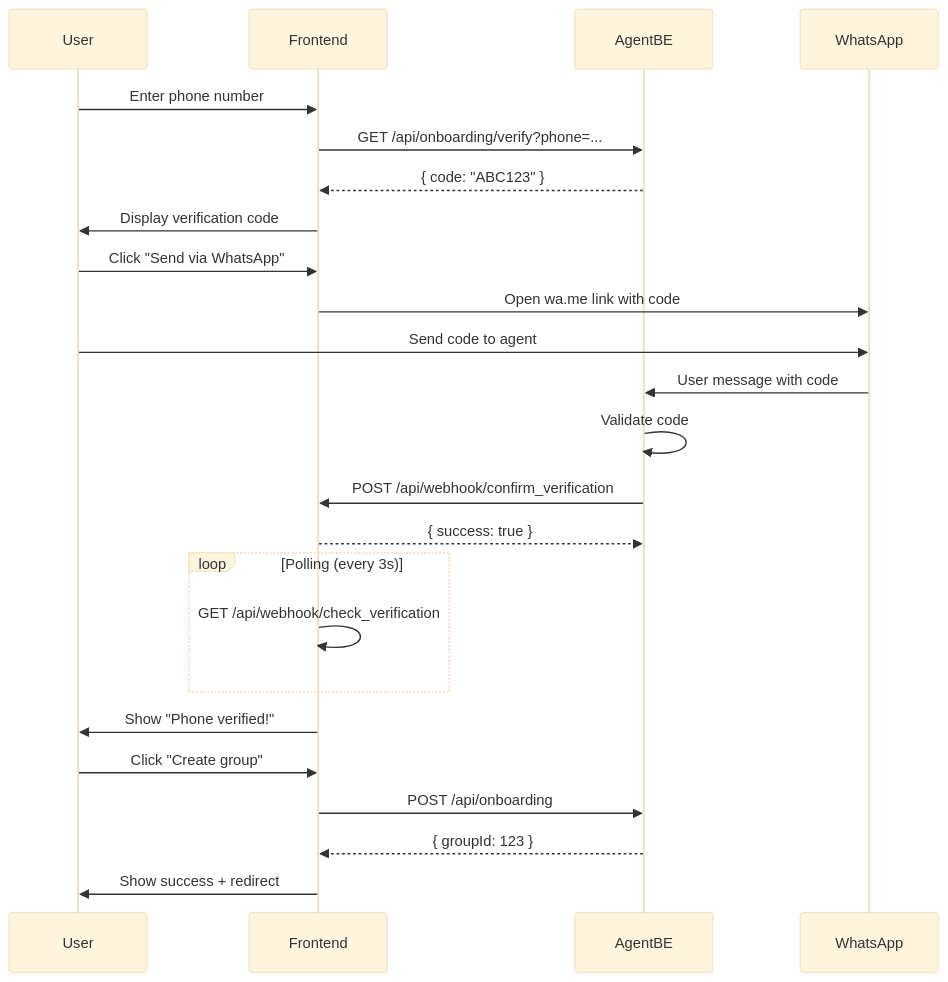
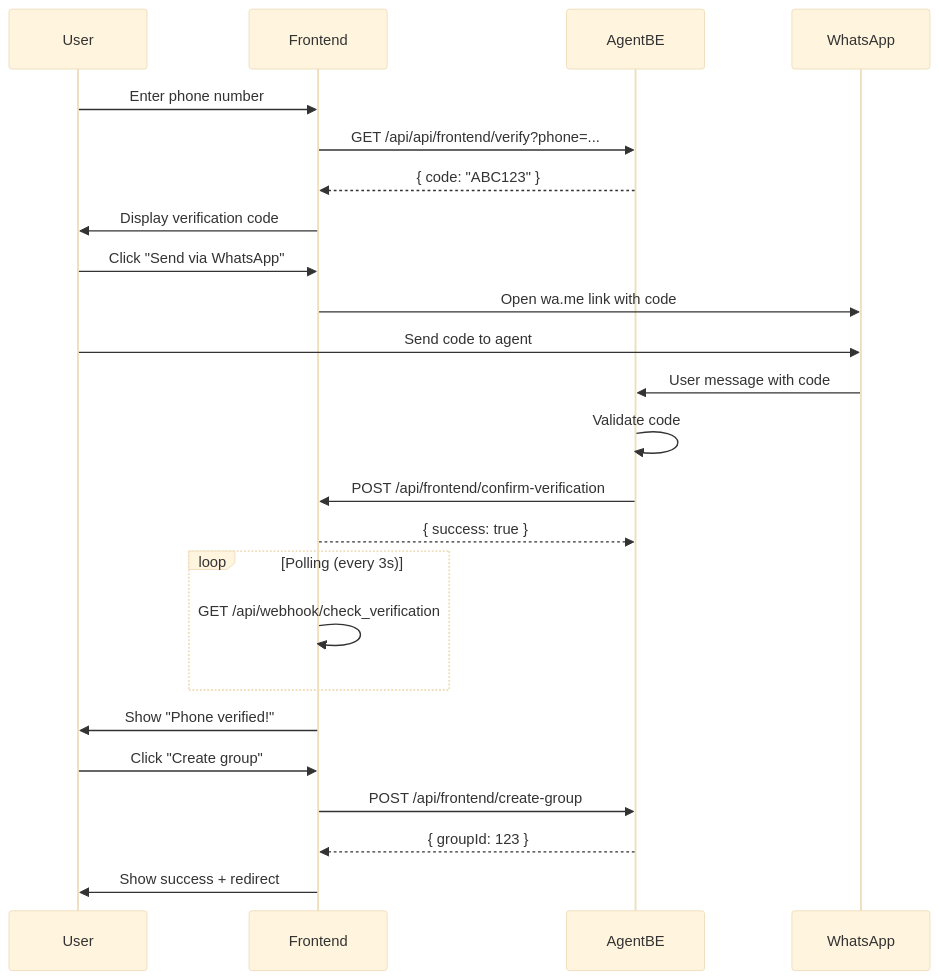
One commit to Pasa-Tanda/PasaTanda-Frontend changed the diagram in docs/WEBHOOK_ENDPOINTS.md. Above: the diagram before and after it, drawn with Mermaid (base theme). The commit also changed other lines of this file and 26 other files, not shown here.

````diff
--- a/docs/WEBHOOK_ENDPOINTS.md
+++ b/docs/WEBHOOK_ENDPOINTS.md
@@ -214,31 +214,31 @@
 ```mermaid
 sequenceDiagram
     participant User
     participant Frontend
     participant AgentBE
     participant WhatsApp
 
     User->>Frontend: Enter phone number
-    Frontend->>AgentBE: GET /api/onboarding/verify?phone=...
+    Frontend->>AgentBE: GET /api/api/frontend/verify?phone=...
     AgentBE-->>Frontend: { code: "ABC123" }
     Frontend->>User: Display verification code
     
     User->>Frontend: Click "Send via WhatsApp"
     Frontend->>WhatsApp: Open wa.me link with code
     User->>WhatsApp: Send code to agent
     WhatsApp->>AgentBE: User message with code
     
     AgentBE->>AgentBE: Validate code
-    AgentBE->>Frontend: POST /api/webhook/confirm_verification
+    AgentBE->>Frontend: POST /api/frontend/confirm-verification
     Frontend-->>AgentBE: { success: true }
     
     loop Polling (every 3s)
         Frontend->>Frontend: GET /api/webhook/check_verification
     end
     
     Frontend->>User: Show "Phone verified!"
     User->>Frontend: Click "Create group"
-    Frontend->>AgentBE: POST /api/onboarding
+    Frontend->>AgentBE: POST /api/frontend/create-group
     AgentBE-->>Frontend: { groupId: 123 }
     Frontend->>User: Show success + redirect
 ```
````
